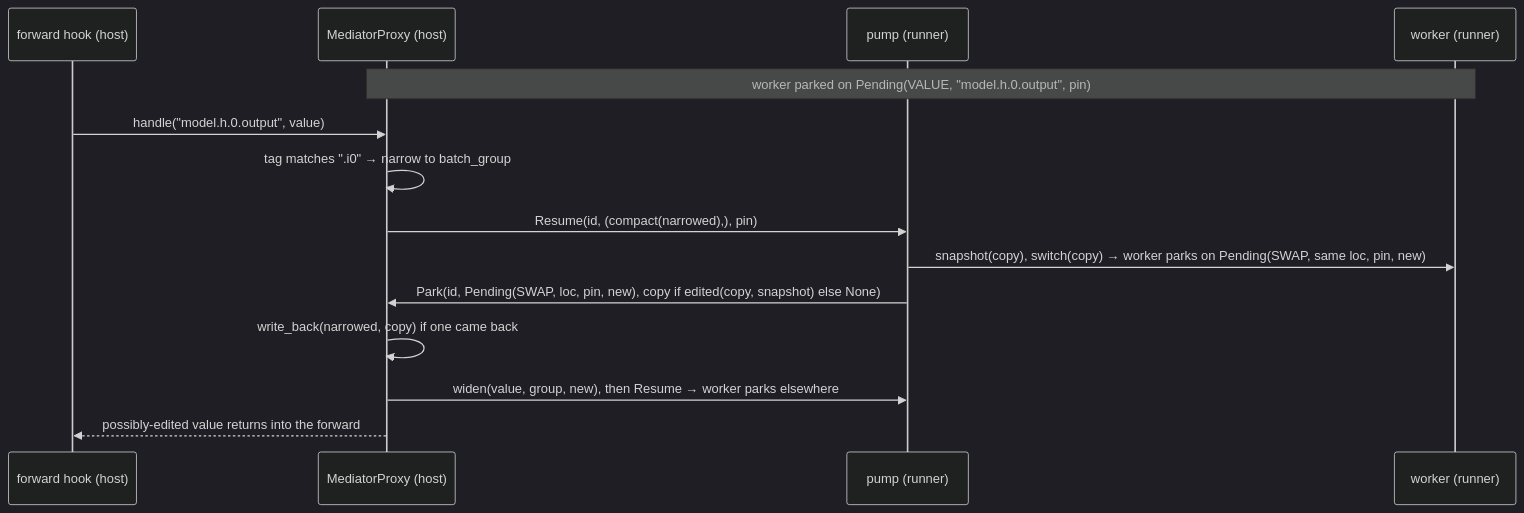
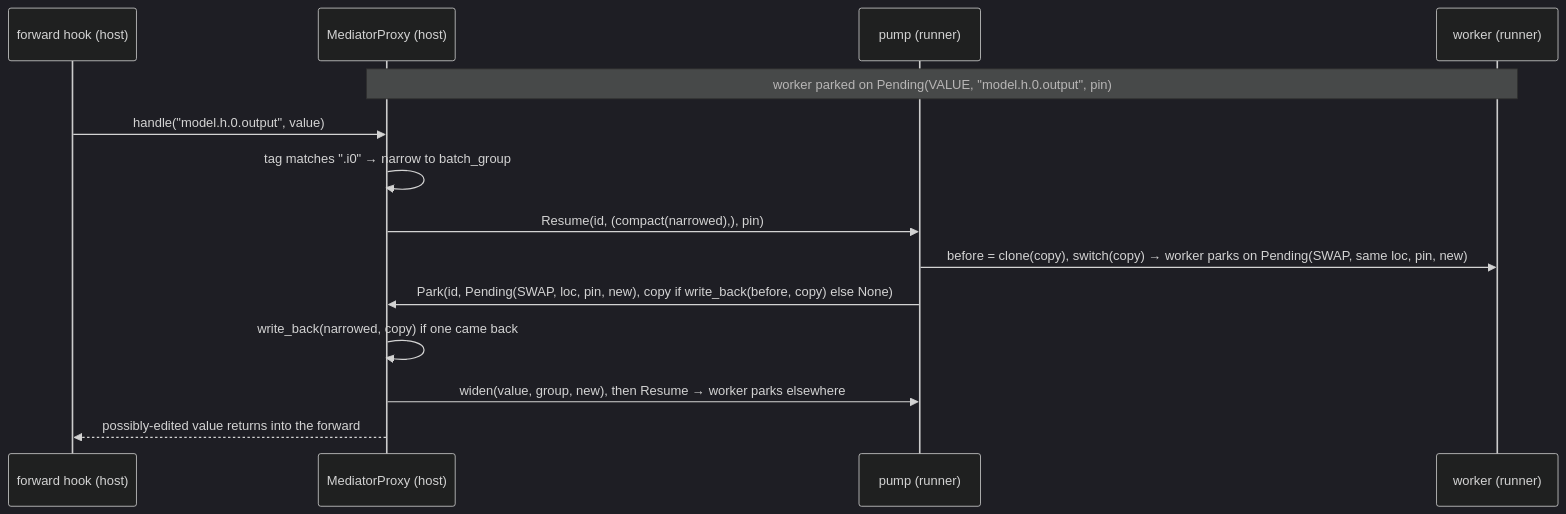
One commit to ndif-team/ndif changed the diagram in docs/developing/sandbox-internals.md. Above: the diagram before and after it, drawn with Mermaid (dark theme). The commit also changed other lines of this file and 5 other files, not shown here.

````diff
--- a/docs/developing/sandbox-internals.md
+++ b/docs/developing/sandbox-internals.md
@@ -321,16 +329,16 @@
 ```mermaid
 sequenceDiagram
   participant F as forward hook (host)
   participant P as MediatorProxy (host)
   participant U as pump (runner)
   participant W as worker (runner)
   Note over W,P: worker parked on Pending(VALUE, "model.h.0.output", pin)
   F->>P: handle("model.h.0.output", value)
   P->>P: tag matches ".i0" → narrow to batch_group
   P->>U: Resume(id, (compact(narrowed),), pin)
-  U->>W: snapshot(copy), switch(copy) → worker parks on Pending(SWAP, same loc, pin, new)
-  U->>P: Park(id, Pending(SWAP, loc, pin, new), copy if edited(copy, snapshot) else None)
+  U->>W: before = clone(copy), switch(copy) → worker parks on Pending(SWAP, same loc, pin, new)
+  U->>P: Park(id, Pending(SWAP, loc, pin, new), copy if write_back(before, copy) else None)
   P->>P: write_back(narrowed, copy) if one came back
   P->>U: widen(value, group, new), then Resume → worker parks elsewhere
   P-->>F: possibly-edited value returns into the forward
 ```
````
